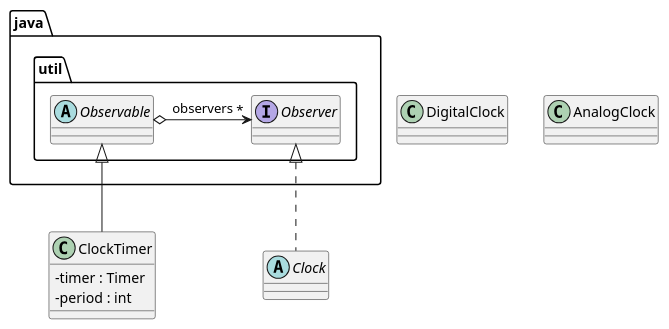
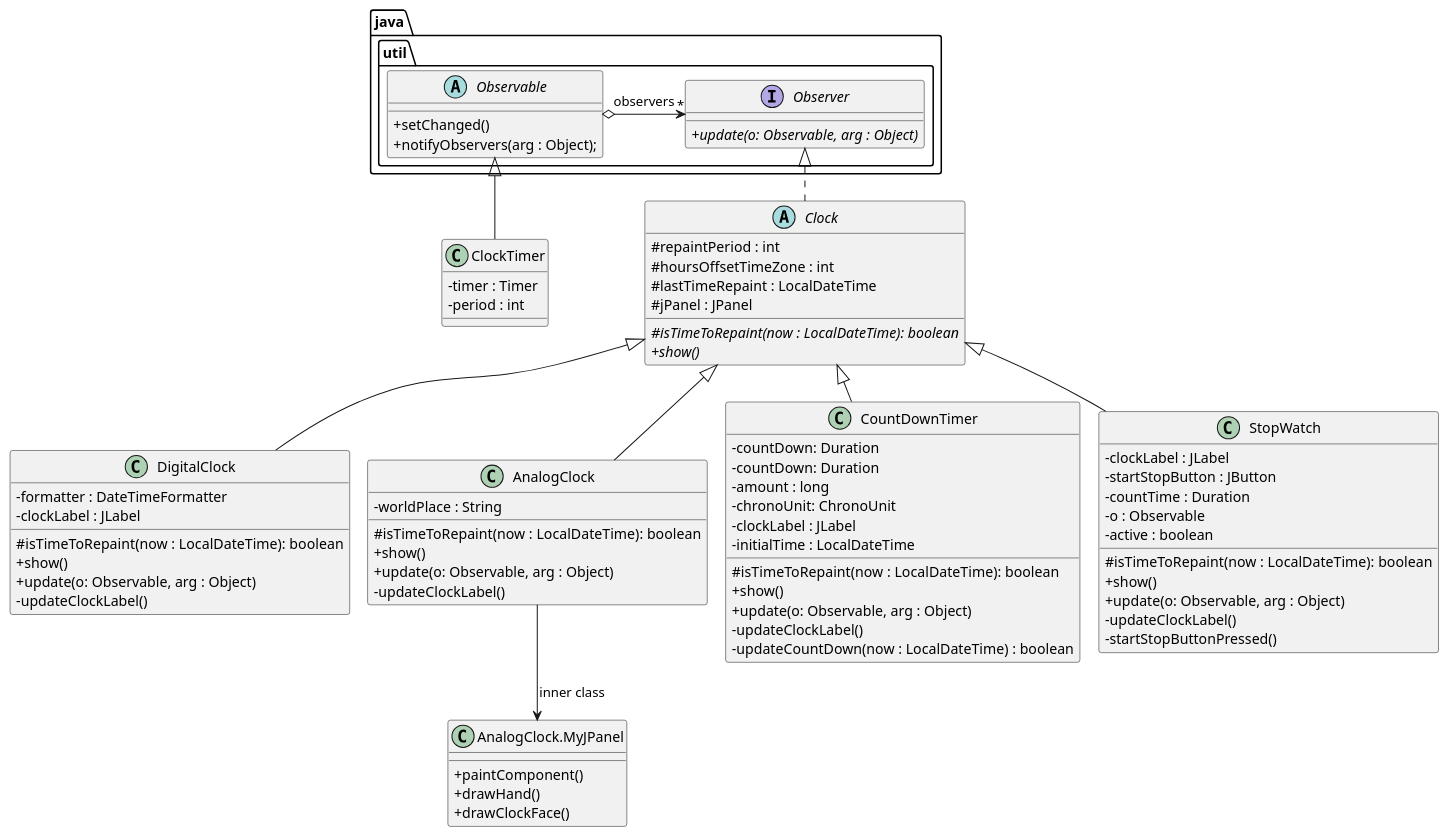
One commit to NIU1707994/DS changed the diagram in clocks_java_students-main/observer_clock/observer_clock.puml. Above: the diagram before and after it, drawn with PlantUML. The commit also changed 12 other files, not shown here.

```diff
--- a/clocks_java_students-main/observer_clock/observer_clock.puml
+++ b/clocks_java_students-main/observer_clock/observer_clock.puml
@@ -1,24 +1,88 @@
 @startuml
 'https://plantuml.com/class-diagram
 skinparam classAttributeIconSize 0
+!pragma layout smetana
 
-abstract Clock
+abstract Clock {
+#repaintPeriod : int
+#hoursOffsetTimeZone : int
+#lastTimeRepaint : LocalDateTime
+#jPanel : JPanel
+{abstract}#isTimeToRepaint(now : LocalDateTime): boolean
+{abstract}+show()
+}
+
 class ClockTimer {
   - timer : Timer
   - period : int
 
 }
-class DigitalClock
-class AnalogClock
+class DigitalClock extends Clock {
+-formatter : DateTimeFormatter
+-clockLabel : JLabel
+#isTimeToRepaint(now : LocalDateTime): boolean
++show()
++update(o: Observable, arg : Object)
+-updateClockLabel()
+}
 
+class AnalogClock extends Clock {
+-worldPlace : String
+#isTimeToRepaint(now : LocalDateTime): boolean
++show()
++update(o: Observable, arg : Object)
+-updateClockLabel()
+}
+
+class CountDownTimer extends Clock {
+-countDown: Duration
+-countDown: Duration
+-amount : long
+-chronoUnit: ChronoUnit
+-clockLabel : JLabel
+-initialTime : LocalDateTime
+#isTimeToRepaint(now : LocalDateTime): boolean
++show()
++update(o: Observable, arg : Object)
+-updateClockLabel()
+-updateCountDown(now : LocalDateTime) : boolean
+}
+
+class StopWatch extends Clock {
+-clockLabel : JLabel
+-startStopButton : JButton
+-countTime : Duration
+-o : Observable
+-active : boolean
+#isTimeToRepaint(now : LocalDateTime): boolean
++show()
++update(o: Observable, arg : Object)
+-updateClockLabel()
+-startStopButtonPressed()
+}
+
+
+class "AnalogClock.MyJPanel" as MyJPanel {
+  + paintComponent()
+  + drawHand()
+  + drawClockFace()
+}
+
+AnalogClock --> MyJPanel : inner class
 package "java.util" {
-abstract class Observable
-interface Observer
+abstract class Observable {
++setChanged()
++notifyObservers(arg : Object);
+}
+interface Observer{
+{abstract}+update(o: Observable, arg : Object)
+}
+
     Observable o-right->"*"Observer : observers
 }
 
 Clock ..up|> Observer
 ClockTimer --up|> Observable
 
 
 @enduml
```
